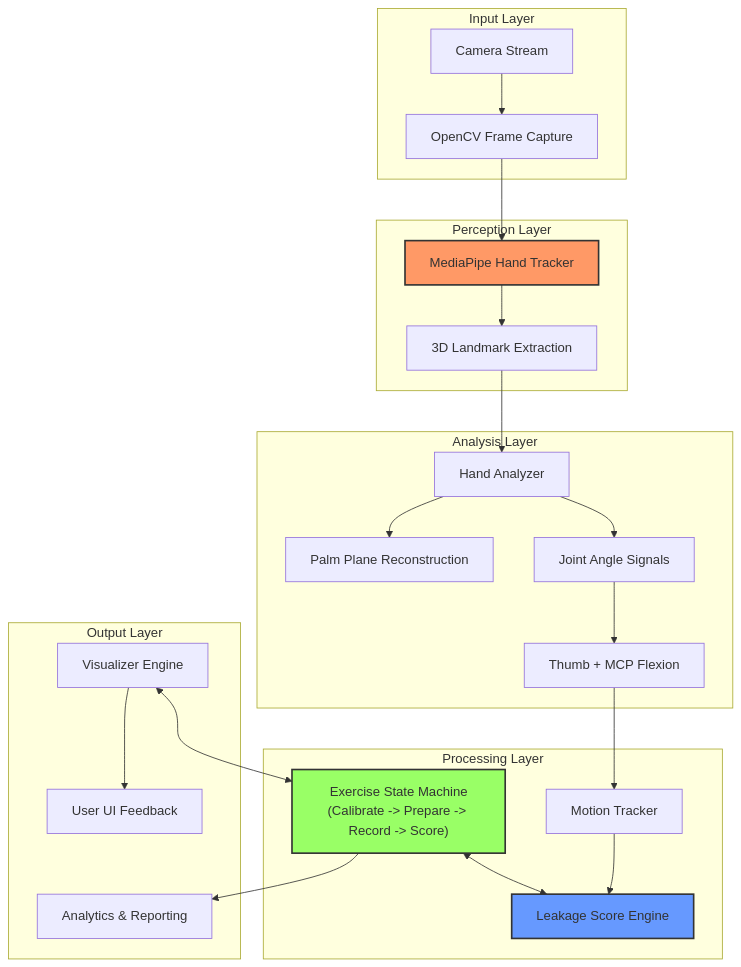
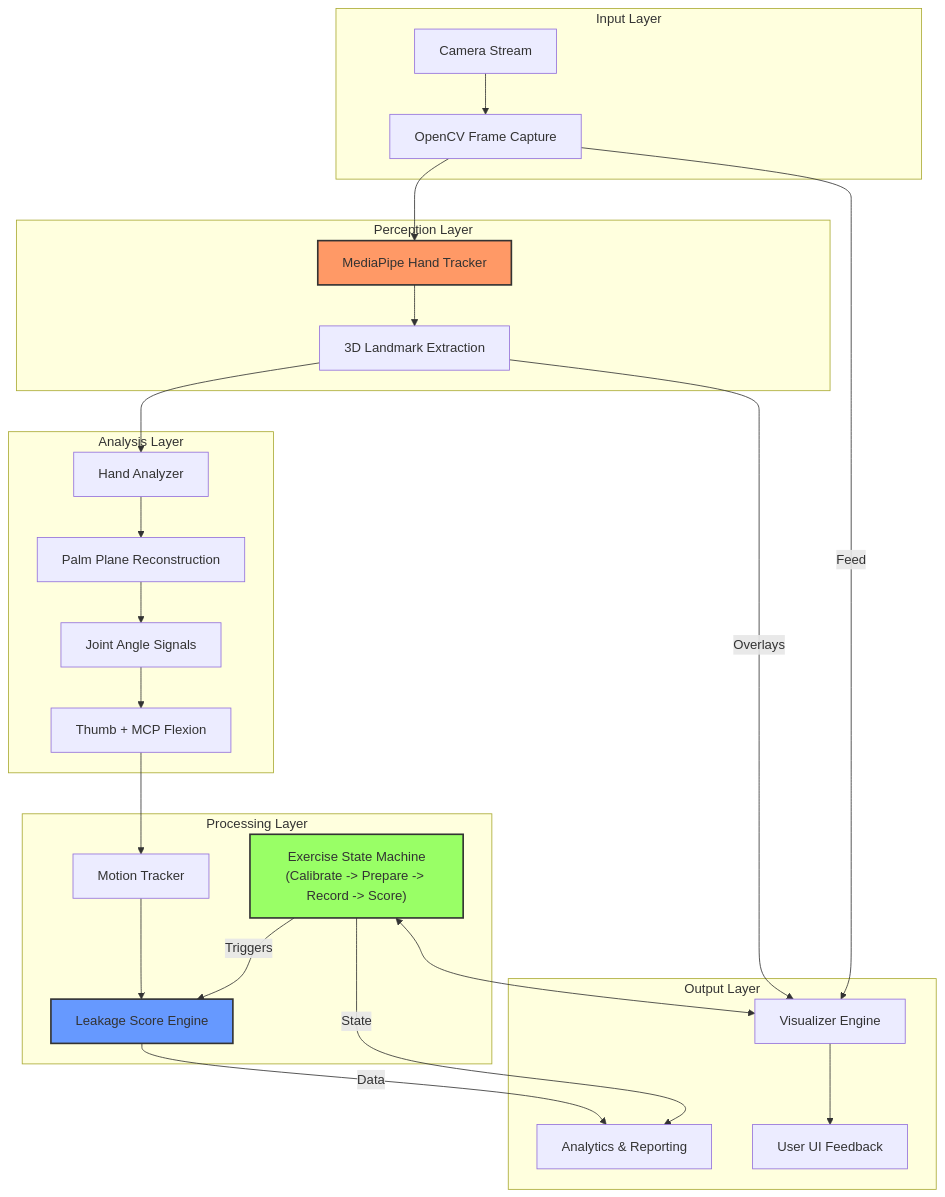
The diagram in README.md (sadhumitha-s/finger-independence), drawn with Mermaid before and after one commit.

Commit message:
docs: update architecture diagram flow and connections in README

````diff
--- a/README.md
+++ b/README.md
@@ -120,34 +120,37 @@
 ```mermaid
 graph TD
     subgraph "Input Layer"
         A[Camera Stream] --> B[OpenCV Frame Capture]
     end
 
     subgraph "Perception Layer"
         B --> C[MediaPipe Hand Tracker]
         C --> D[3D Landmark Extraction]
     end
 
     subgraph "Analysis Layer"
         D --> E[Hand Analyzer]
         E --> F[Palm Plane Reconstruction]
-        E --> G[Joint Angle Signals]
+        F --> G[Joint Angle Signals]
         G --> H[Thumb + MCP Flexion]
     end
 
     subgraph "Processing Layer"
         H --> I[Motion Tracker]
         I --> J[Leakage Score Engine]
-        K["Exercise State Machine<br/>(Calibrate -> Prepare -> Record -> Score)"] <--> J
+        K["Exercise State Machine<br/>(Calibrate -> Prepare -> Record -> Score)"] -- Triggers --> J
     end
 
     subgraph "Output Layer"
-        M[Visualizer Engine] <--> K
-        K --> N[Analytics & Reporting]
+        J -- Data --> N[Analytics & Reporting]
+        K -- State --> N
+        K <--> M[Visualizer Engine]
+        D -- Overlays --> M
+        B -- Feed --> M
         M --> O[User UI Feedback]
     end
 
     style C fill:#f96,stroke:#333,stroke-width:2px
     style J fill:#69f,stroke:#333,stroke-width:2px
     style K fill:#9f6,stroke:#333,stroke-width:2px
 ```
````
